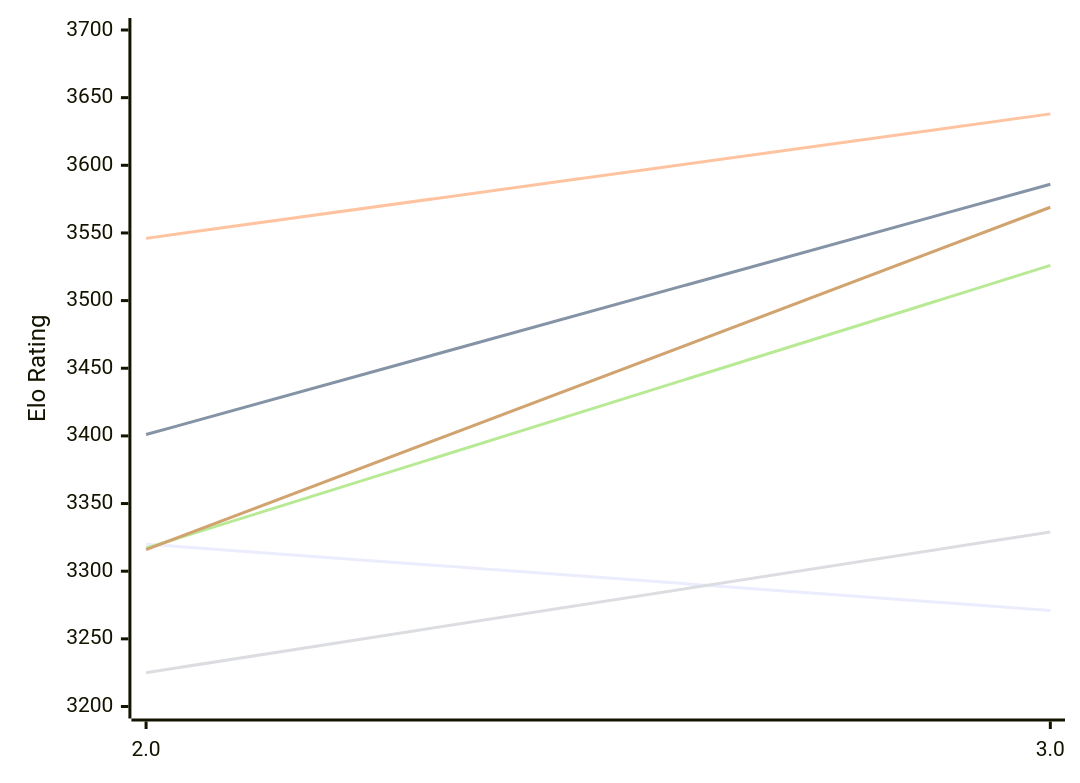
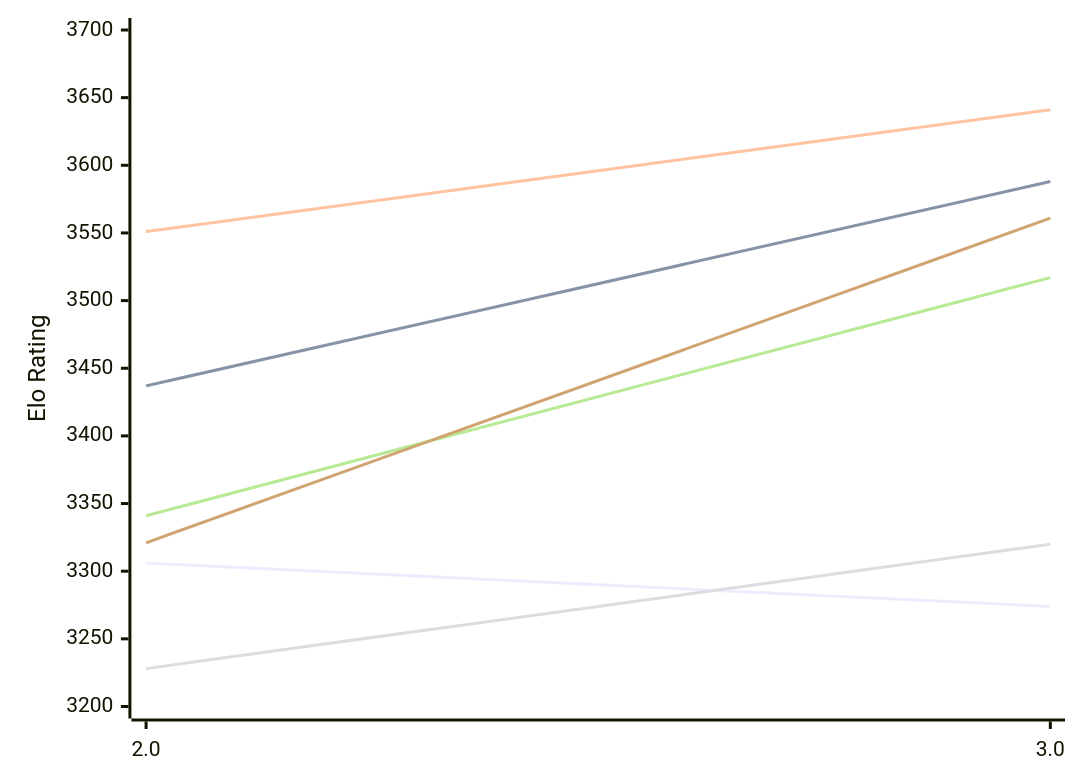
Before and after one commit to computer-chess-index/cci: the first of 2 diagrams in engines/Quanticade.md, drawn with Mermaid. The commit also changed other lines of this file, not shown here.

Commit message:
Update CCI Ratings (ELO VLTC) - 2026-11-15

````diff
--- a/engines/Quanticade.md
+++ b/engines/Quanticade.md
@@ -50,12 +50,12 @@
 ```mermaid
 %%{init: {"theme":"base","themeVariables":{"seriesColors:['#a3a3a3','#222221','#faa371']}}}%%
 xychart-beta
   x-axis ["2.0", "3.0"]
   y-axis "Elo Rating" 3200 --> 3700
-  line "E1: STC (8.0+0.08s)" [3320, 3271]
-  line "E1: LTC (60.0+0.60s)" [3401, 3586]
-  line "E1: VLTC (2m24s+1.12s)" [3546, 3638]
-  line "P1: STC (8.0+0.08s)" [3225, 3329]
-  line "P1: LTC (60.0+0.60s)" [3317, 3526]
-  line "P1: VLTC (2m24s+1.12s)" [3316, 3569]
+  line "E1: STC (8.0+0.08s)" [3306, 3274]
+  line "E1: LTC (60.0+0.60s)" [3437, 3588]
+  line "E1: VLTC (2m24s+1.12s)" [3551, 3641]
+  line "P1: STC (8.0+0.08s)" [3228, 3320]
+  line "P1: LTC (60.0+0.60s)" [3341, 3517]
+  line "P1: VLTC (2m24s+1.12s)" [3321, 3561]
 ```
````
